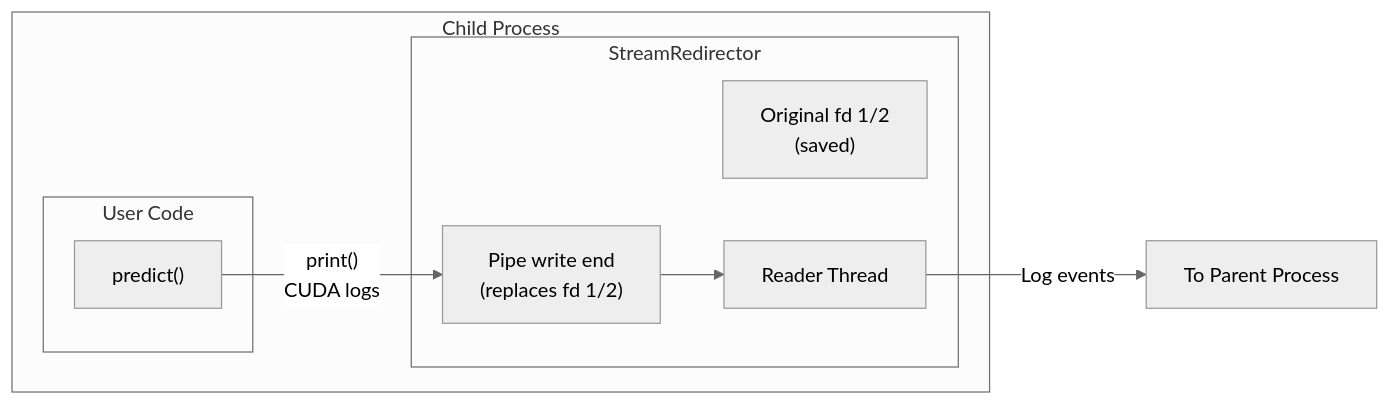
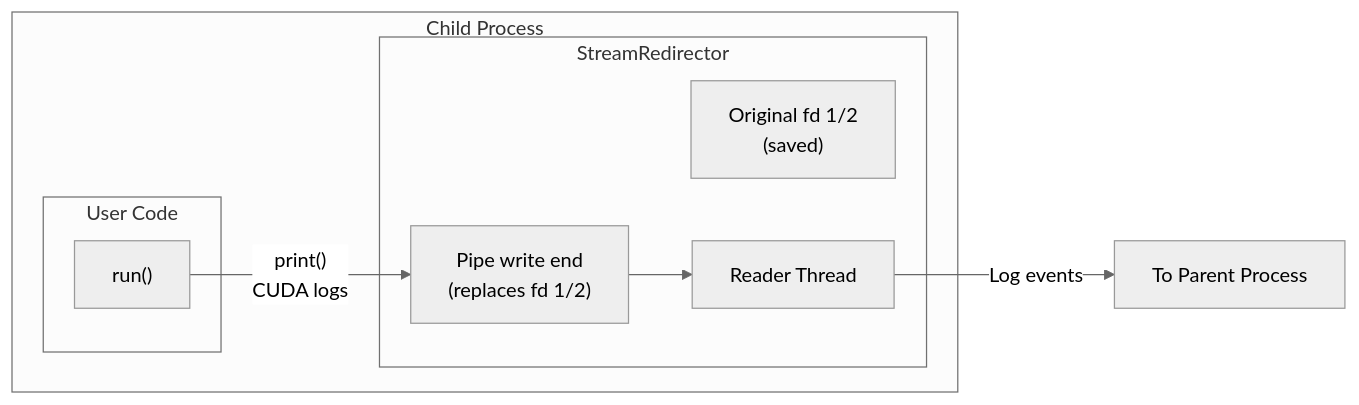
One commit to replicate/cog changed the fifth of 7 diagrams in architecture/legacy/04-container-runtime.md. Above: the diagram before and after it, drawn with Mermaid (neutral theme). The commit also changed other lines of this file and 21 other files, not shown here.

````diff
--- a/architecture/legacy/04-container-runtime.md
+++ b/architecture/legacy/04-container-runtime.md
@@ -203,19 +203,19 @@
 ```mermaid
 flowchart LR
     subgraph child["Child Process"]
         subgraph usercode["User Code"]
-            predict["predict()"]
+            run_method["run()"]
         end
         
         subgraph redirector["StreamRedirector"]
             original["Original fd 1/2<br/>(saved)"]
             pipewrite["Pipe write end<br/>(replaces fd 1/2)"]
             reader["Reader Thread"]
         end
         
-        predict -->|"print()<br/>CUDA logs"| pipewrite
+        run_method -->|"print()<br/>CUDA logs"| pipewrite
         pipewrite --> reader
     end
     
     reader -->|"Log events"| parent["To Parent Process"]
 ```
````
